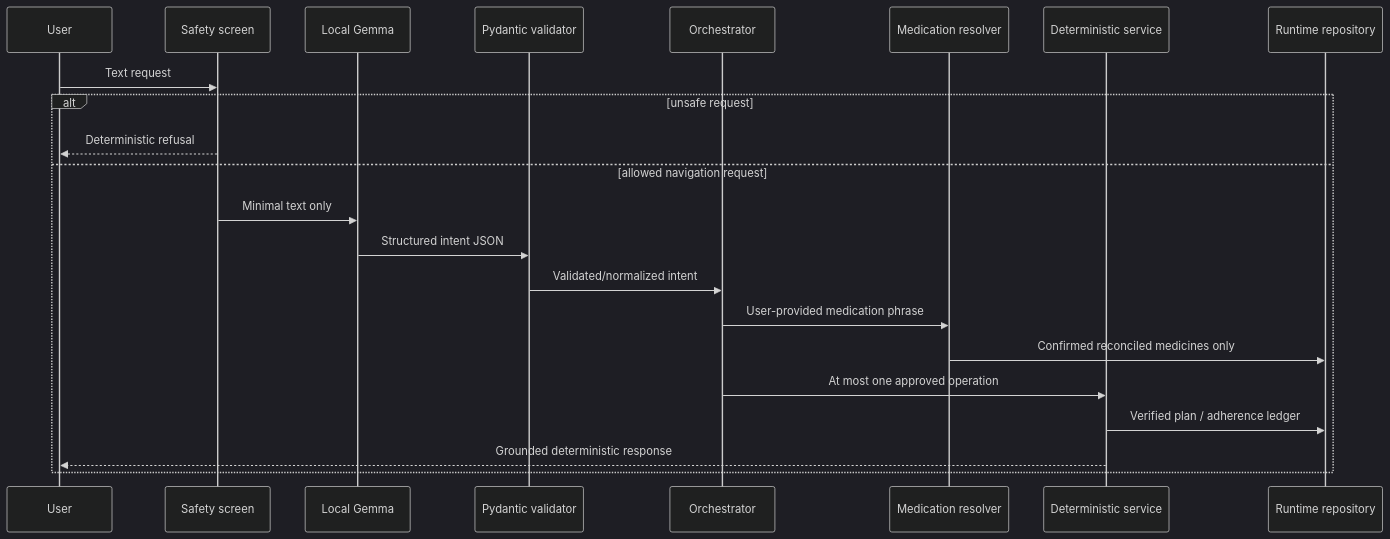
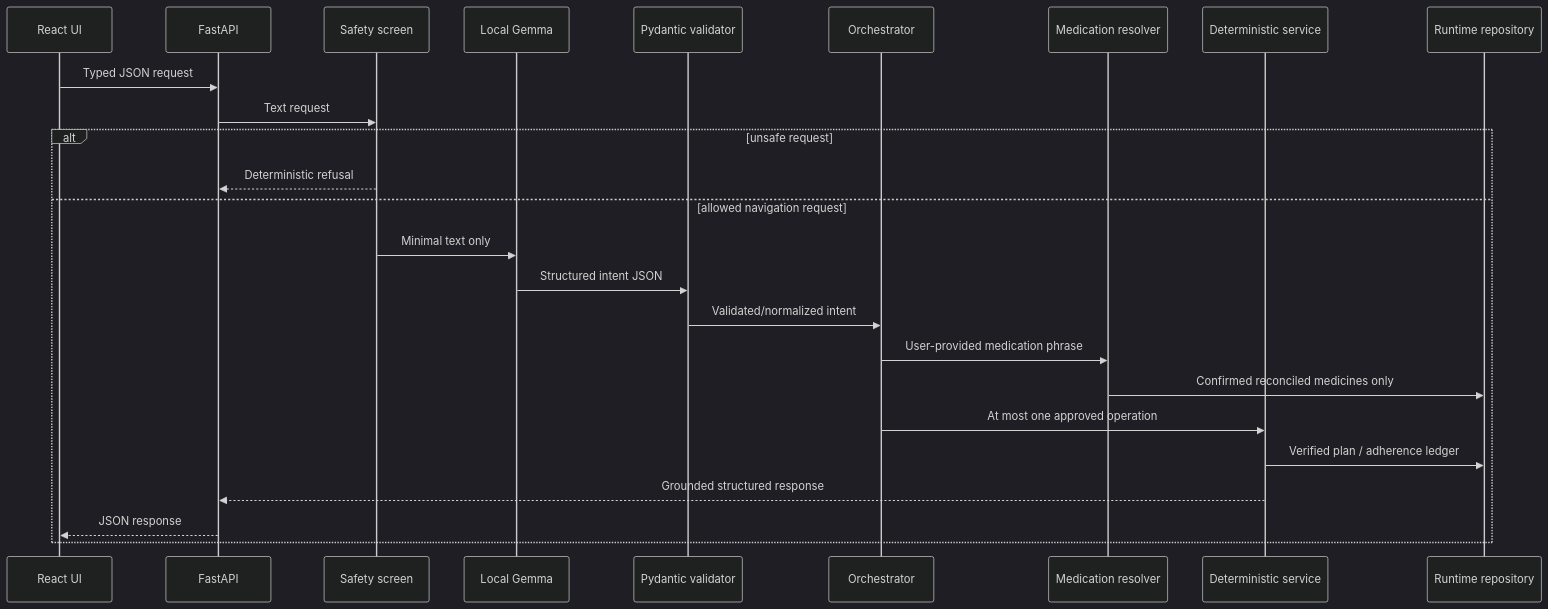
The diagram in docs/architecture.md (akshayatam/medicopilot), drawn with Mermaid (dark theme) before and after one commit. The commit also changed other lines of this file and 30 other files, not shown here.

````diff
--- a/docs/architecture.md
+++ b/docs/architecture.md
@@ -23,25 +24,28 @@
 ```mermaid
 sequenceDiagram
-    participant U as User
+    participant U as React UI
+    participant A as FastAPI
     participant S as Safety screen
     participant G as Local Gemma
     participant V as Pydantic validator
     participant O as Orchestrator
     participant R as Medication resolver
     participant M as Deterministic service
     participant P as Runtime repository
 
-    U->>S: Text request
+    U->>A: Typed JSON request
+    A->>S: Text request
     alt unsafe request
-        S-->>U: Deterministic refusal
+        S-->>A: Deterministic refusal
     else allowed navigation request
         S->>G: Minimal text only
         G->>V: Structured intent JSON
         V->>O: Validated/normalized intent
         O->>R: User-provided medication phrase
         R->>P: Confirmed reconciled medicines only
         O->>M: At most one approved operation
         M->>P: Verified plan / adherence ledger
-        M-->>U: Grounded deterministic response
+        M-->>A: Grounded structured response
+        A-->>U: JSON response
     end
 ```
````
